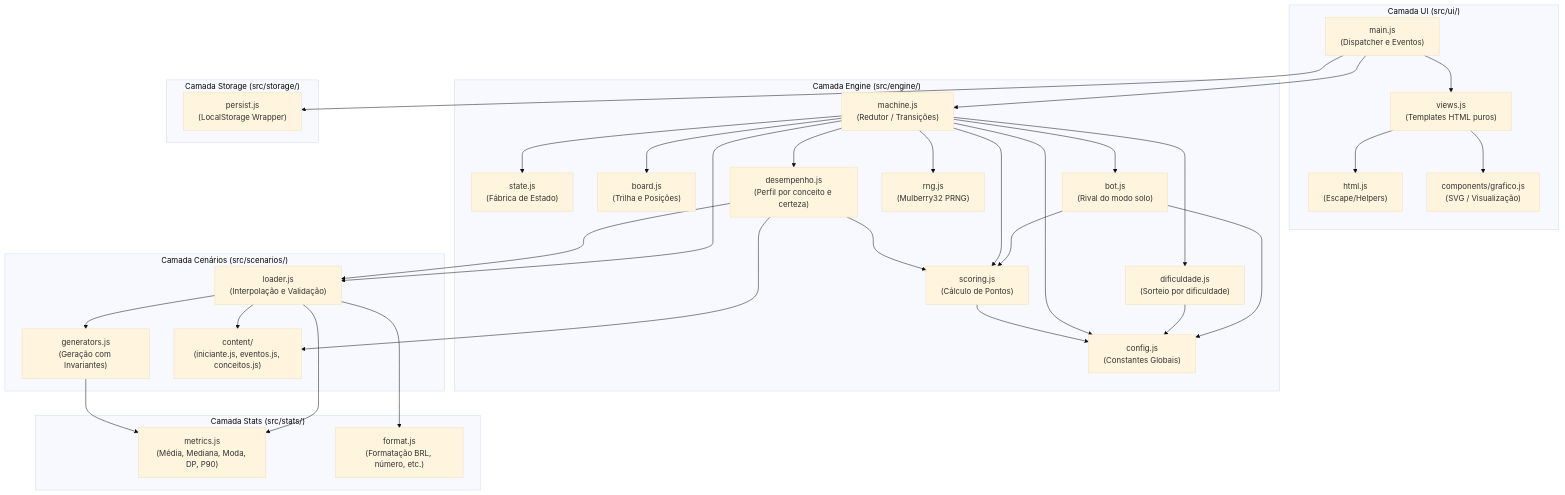
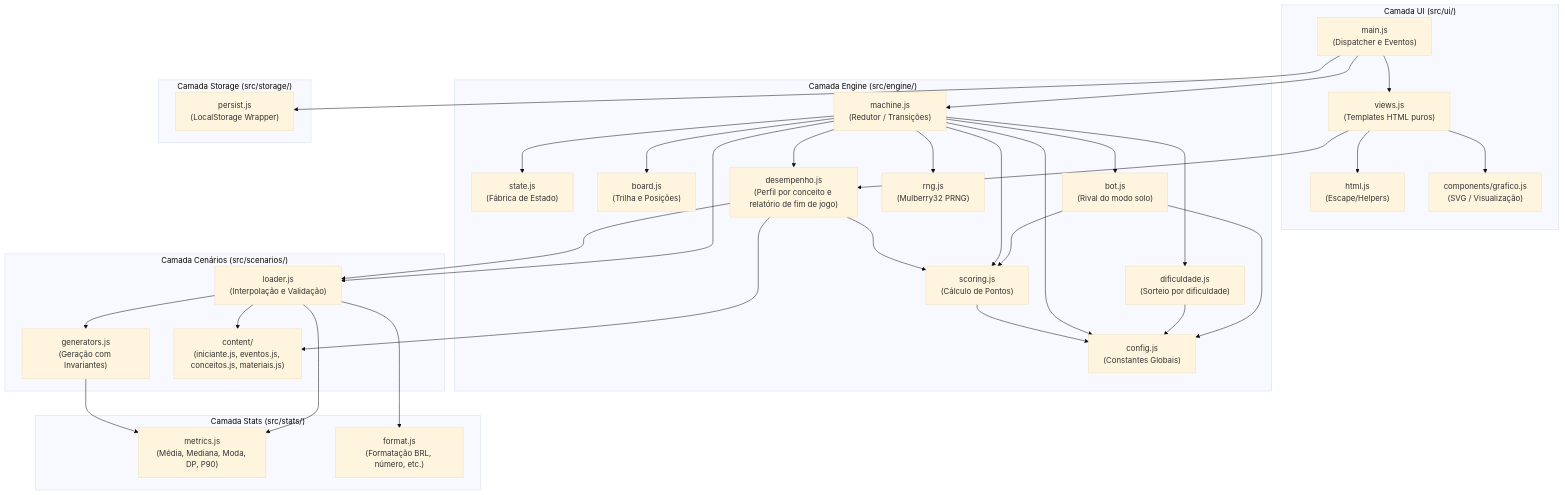
One commit to luiz2801/RFisher changed the fourth of 4 diagrams in docs/diagramas-uml.md. Above: the diagram before and after it, drawn with Mermaid (base theme). The commit also changed other lines of this file and 11 other files, not shown here.

First line of the commit message:
feat: adiciona relatório de desempenho no fim de jogo

````diff
--- a/docs/diagramas-uml.md
+++ b/docs/diagramas-uml.md
@@ -279,67 +279,68 @@
 ```mermaid
 graph TD
     subgraph UI_Layer["Camada UI (src/ui/)"]
         MAIN["main.js<br/>(Dispatcher e Eventos)"]
         VIEWS["views.js<br/>(Templates HTML puros)"]
         HTML["html.js<br/>(Escape/Helpers)"]
         GRAFICO["components/grafico.js<br/>(SVG / Visualização)"]
     end
 
     subgraph Engine_Layer["Camada Engine (src/engine/)"]
         MACHINE["machine.js<br/>(Redutor / Transições)"]
         STATE["state.js<br/>(Fábrica de Estado)"]
         BOARD["board.js<br/>(Trilha e Posições)"]
         DIFICULDADE["dificuldade.js<br/>(Sorteio por dificuldade)"]
         BOT["bot.js<br/>(Rival do modo solo)"]
         SCORING["scoring.js<br/>(Cálculo de Pontos)"]
-        DESEMPENHO["desempenho.js<br/>(Perfil por conceito e certeza)"]
+        DESEMPENHO["desempenho.js<br/>(Perfil por conceito e relatório de fim de jogo)"]
         RNG["rng.js<br/>(Mulberry32 PRNG)"]
         CONFIG["config.js<br/>(Constantes Globais)"]
     end
 
     subgraph Scenarios_Layer["Camada Cenários (src/scenarios/)"]
         LOADER["loader.js<br/>(Interpolação e Validação)"]
         GENERATORS["generators.js<br/>(Geração com Invariantes)"]
-        CONTENT["content/<br/>(iniciante.js, eventos.js, conceitos.js)"]
+        CONTENT["content/<br/>(iniciante.js, eventos.js, conceitos.js, materiais.js)"]
     end
 
     subgraph Stats_Layer["Camada Stats (src/stats/)"]
         METRICS["metrics.js<br/>(Média, Mediana, Moda, DP, P90)"]
         FORMAT["format.js<br/>(Formatação BRL, número, etc.)"]
     end
 
     subgraph Storage_Layer["Camada Storage (src/storage/)"]
         PERSIST["persist.js<br/>(LocalStorage Wrapper)"]
     end
 
     %% Relações
     MAIN --> MACHINE
     MAIN --> VIEWS
     MAIN --> PERSIST
     VIEWS --> GRAFICO
     VIEWS --> HTML
+    VIEWS --> DESEMPENHO
 
     MACHINE --> STATE
     MACHINE --> BOARD
     MACHINE --> DIFICULDADE
     MACHINE --> BOT
     BOT --> CONFIG
     BOT --> SCORING
     DIFICULDADE --> CONFIG
     MACHINE --> SCORING
     MACHINE --> RNG
     MACHINE --> LOADER
     MACHINE --> CONFIG
     MACHINE --> DESEMPENHO
     DESEMPENHO --> SCORING
     DESEMPENHO --> LOADER
     DESEMPENHO --> CONTENT
 
     LOADER --> GENERATORS
     LOADER --> CONTENT
     LOADER --> METRICS
     LOADER --> FORMAT
 
     GENERATORS --> METRICS
     SCORING --> CONFIG
 ```
````
